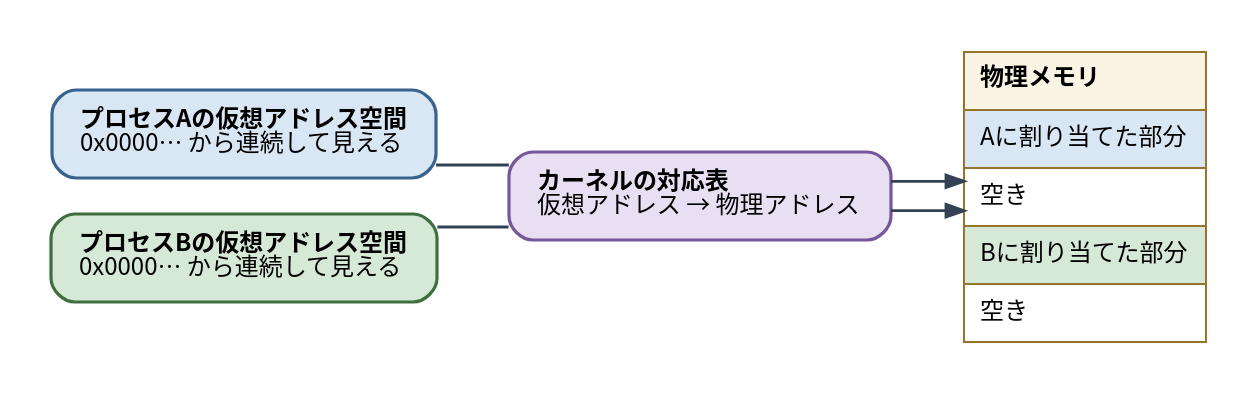
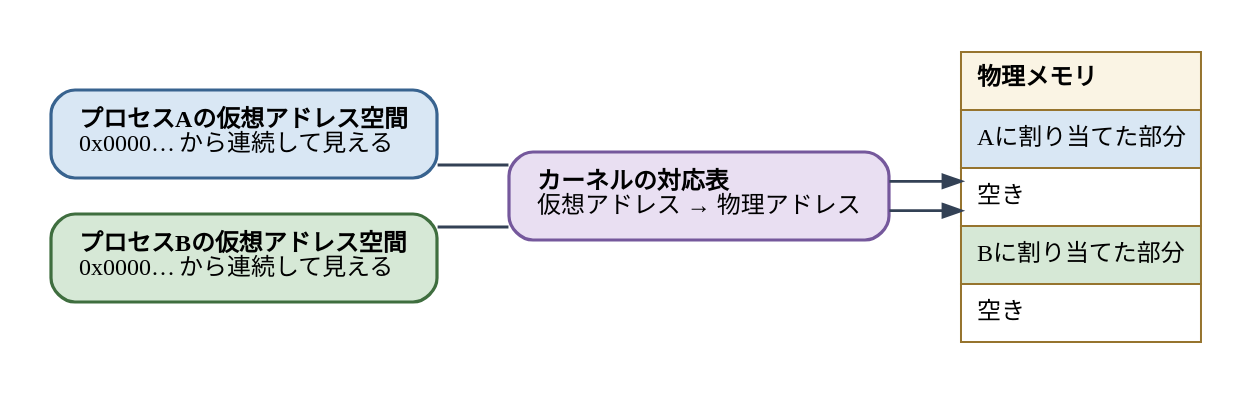
Before and after one commit to ymotongpoo/zenn.dev: the diagram in diagrams/go-ebpf-primer/20260820-virtual-to-physical.dot, drawn with Graphviz. The commit also changed 109 other files, not shown here.

First line of the commit message:
change: 図のフォントをIBM Plex Sans JP / Poppins / JetBrains Monoに整理

```diff
--- a/diagrams/go-ebpf-primer/20260820-virtual-to-physical.dot
+++ b/diagrams/go-ebpf-primer/20260820-virtual-to-physical.dot
@@ -1,40 +1,40 @@
 // 仮想アドレスと物理メモリ
 digraph virtual_to_physical {
   graph [
     rankdir=LR, splines=ortho,
-    fontname="Harano Aji Gothic,Noto Sans CJK JP,IPAGothic", fontsize=13,
+    fontname="IBM Plex Sans JP", fontsize=13,
     bgcolor="white", pad=0.25
   ];
   node [
-    fontname="Harano Aji Gothic,Noto Sans CJK JP,IPAGothic", fontsize=12,
+    fontname="IBM Plex Sans JP", fontsize=12,
     shape=box, style="rounded,filled",
     fillcolor="#F1F5F9", color="#475569", penwidth=1.6,
     margin="0.2,0.14"
   ];
   edge [
-    fontname="Harano Aji Gothic,Noto Sans CJK JP,IPAGothic", fontsize=11,
+    fontname="IBM Plex Sans JP", fontsize=11,
     color="#334155", penwidth=1.4, arrowsize=0.9,
     fontcolor="#1E293B"
   ];
 
-  va1 [label=<<b>プロセスAの仮想アドレス空間</b><br align="left"/>0x0000… から連続して見える<br align="left"/>>, fillcolor="#D9E7F4", color="#38638F"];
-  va2 [label=<<b>プロセスBの仮想アドレス空間</b><br align="left"/>0x0000… から連続して見える<br align="left"/>>, fillcolor="#D6E8D6", color="#3F6E3F"];
+  va1 [label=<<b>プロセスAの仮想アドレス空間</b><br align="left"/><font face="JetBrains Mono">0x0000…</font> から連続して見える<br align="left"/>>, fillcolor="#D9E7F4", color="#38638F"];
+  va2 [label=<<b>プロセスBの仮想アドレス空間</b><br align="left"/><font face="JetBrains Mono">0x0000…</font> から連続して見える<br align="left"/>>, fillcolor="#D6E8D6", color="#3F6E3F"];
 
   { rank=same; va1; va2; }
 
   table_ [label=<<b>カーネルの対応表</b><br align="left"/>仮想アドレス → 物理アドレス<br align="left"/>>, fillcolor="#E9DFF2", color="#75589C"];
 
   phys [shape=plain, style="", label=<
     <table border="0" cellborder="1" cellspacing="0" cellpadding="7" color="#96742E">
       <tr><td align="left" bgcolor="#FAF4E4"><b>物理メモリ</b></td></tr>
       <tr><td port="a" align="left" bgcolor="#D9E7F4">Aに割り当てた部分</td></tr>
       <tr><td align="left" bgcolor="#FFFFFF">空き</td></tr>
       <tr><td port="b" align="left" bgcolor="#D6E8D6">Bに割り当てた部分</td></tr>
       <tr><td align="left" bgcolor="#FFFFFF">空き</td></tr>
     </table>>];
 
   va1 -> table_ [dir=none];
   va2 -> table_ [dir=none];
   table_ -> phys:a:w;
   table_ -> phys:b:w;
 }
```
